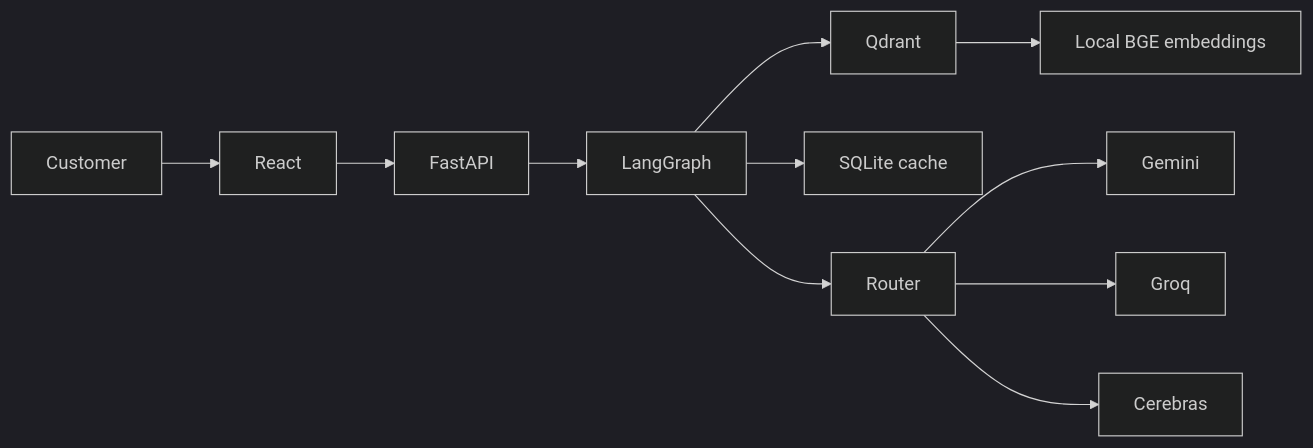
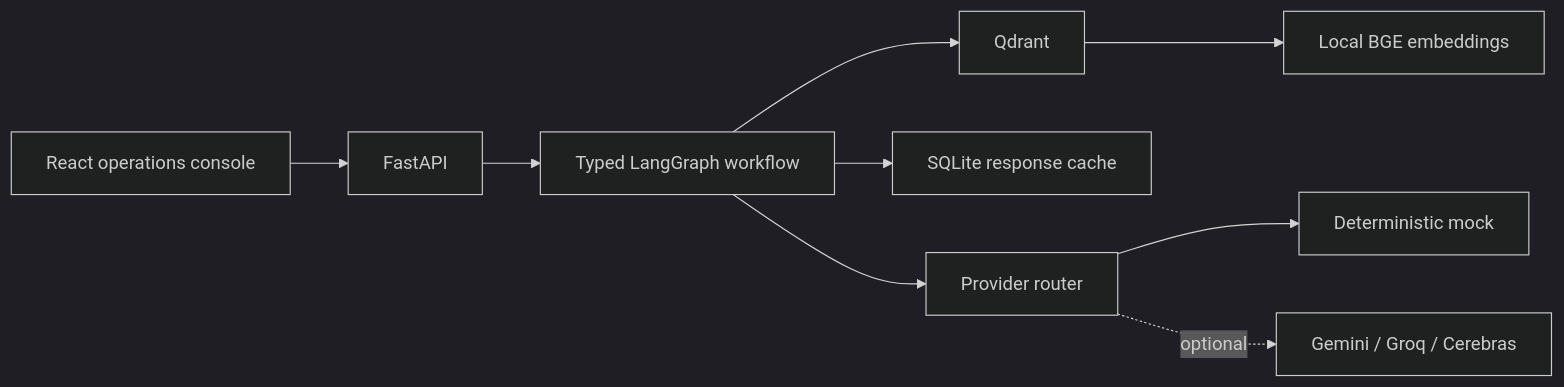
The diagram in README.md (Praciller/customer-support-rag-triage-agent), drawn with Mermaid (dark theme) before and after one commit. The commit also changed other lines of this file and 11 other files, not shown here.

````diff
--- a/README.md
+++ b/README.md
@@ -30,9 +34,11 @@
 ```mermaid
 flowchart LR
-  Customer --> React --> FastAPI --> LangGraph
-  LangGraph --> Qdrant --> BGE[Local BGE embeddings]
-  LangGraph --> Cache[SQLite cache]
-  LangGraph --> Router --> Gemini
-  Router --> Groq
-  Router --> Cerebras
+  UI[React operations console] --> API[FastAPI]
+  API --> G[Typed LangGraph workflow]
+  G --> Q[Qdrant]
+  Q --> E[Local BGE embeddings]
+  G --> C[SQLite response cache]
+  G --> R[Provider router]
+  R --> M[Deterministic mock]
+  R -. optional .-> P[Gemini / Groq / Cerebras]
 ```
````
